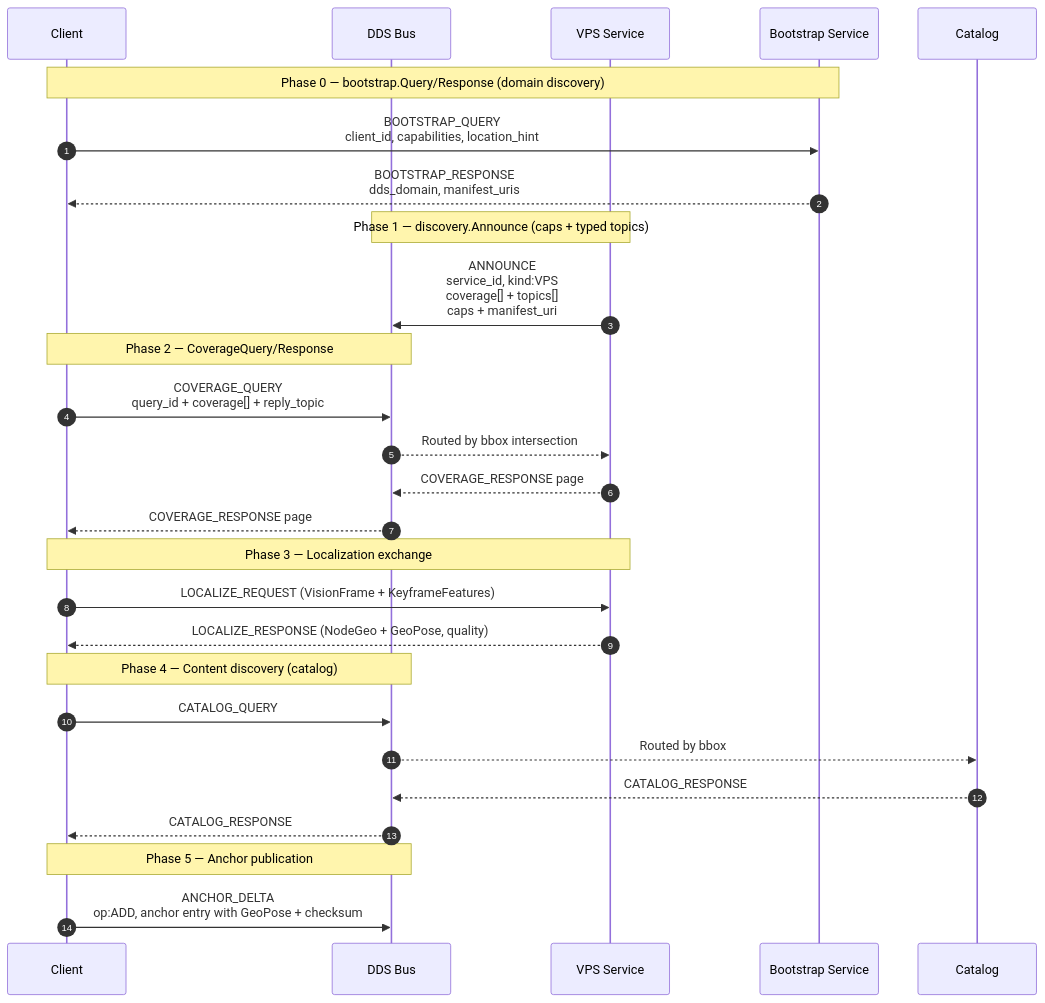
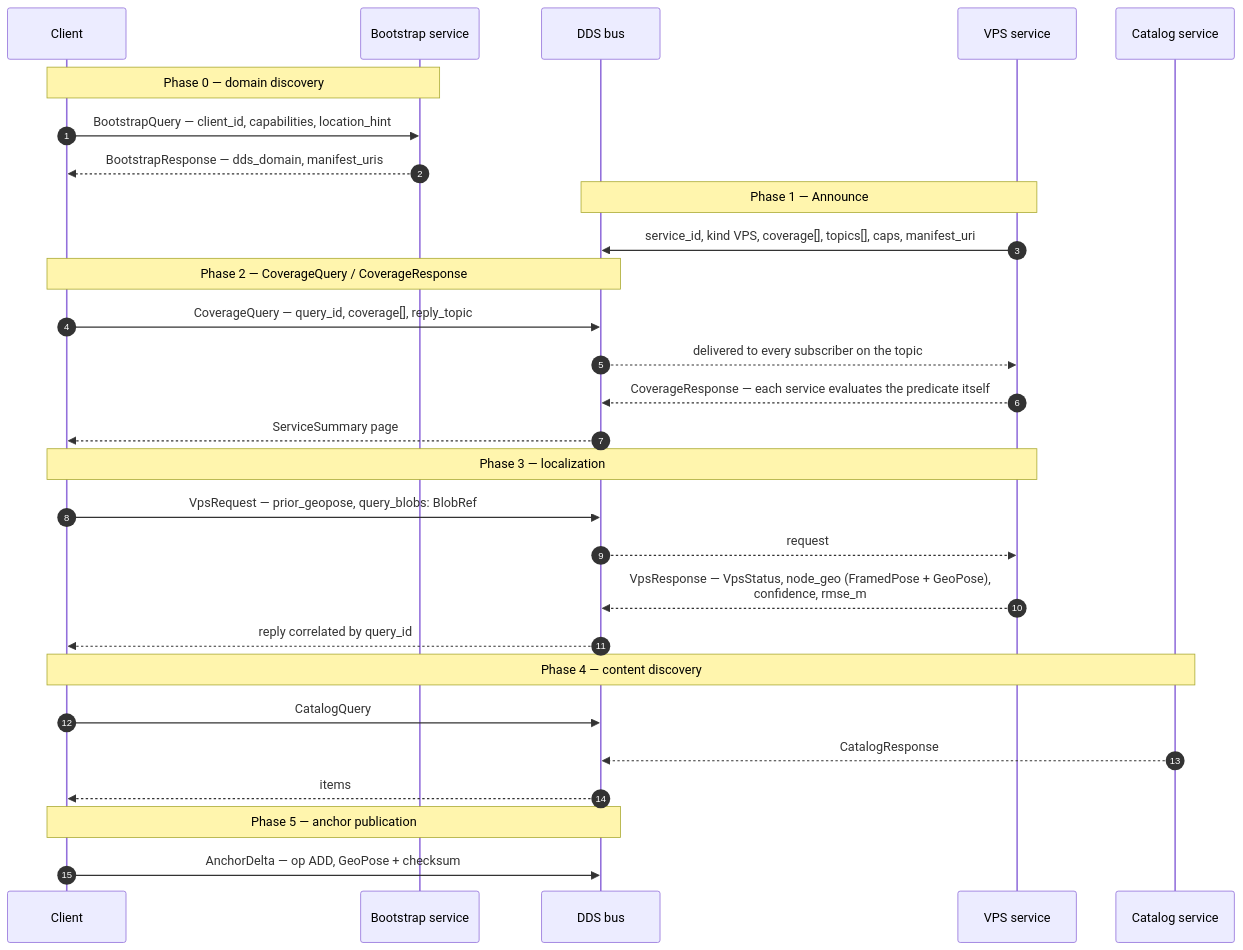
One commit to OpenArCloud/SpatialDDS-demo changed the second of 2 diagrams in ar_demo/README.md. Above: the diagram before and after it, drawn with Mermaid. The commit also changed other lines of this file, not shown here.

````diff
--- a/ar_demo/README.md
+++ b/ar_demo/README.md
@@ -14,34 +74,36 @@
 ```mermaid
 sequenceDiagram
     autonumber
     participant Client
-    participant DDS as DDS Bus
-    participant VPS as VPS Service
-    participant Bootstrap as Bootstrap Service
+    participant Boot as Bootstrap service
+    participant Bus as DDS bus
+    participant VPS as VPS service
+    participant Cat as Catalog service
 
-    Note over Client,Bootstrap: Phase 0 — bootstrap.Query/Response (domain discovery)
-    Client->>Bootstrap: BOOTSTRAP_QUERY<br/>client_id, capabilities, location_hint
-    Bootstrap-->>Client: BOOTSTRAP_RESPONSE<br/>dds_domain, manifest_uris
+    Note over Client,Boot: Phase 0 — domain discovery
+    Client->>Boot: BootstrapQuery — client_id, capabilities, location_hint
+    Boot-->>Client: BootstrapResponse — dds_domain, manifest_uris
 
-    Note over VPS,DDS: Phase 1 — discovery.Announce (caps + typed topics)
-    VPS->>DDS: ANNOUNCE<br/>service_id, kind:VPS<br/>coverage[] + topics[]<br/>caps + manifest_uri
+    Note over VPS,Bus: Phase 1 — Announce
+    VPS->>Bus: service_id, kind VPS, coverage[], topics[], caps, manifest_uri
 
-    Note over Client,DDS: Phase 2 — CoverageQuery/Response
-    Client->>DDS: COVERAGE_QUERY<br/>query_id + coverage[] + reply_topic
-    DDS-->>VPS: Routed by bbox intersection
-    VPS-->>DDS: COVERAGE_RESPONSE page
-    DDS-->>Client: COVERAGE_RESPONSE page
+    Note over Client,Bus: Phase 2 — CoverageQuery / CoverageResponse
+    Client->>Bus: CoverageQuery — query_id, coverage[], reply_topic
+    Bus-->>VPS: delivered to every subscriber on the topic
+    VPS-->>Bus: CoverageResponse — each service evaluates the predicate itself
+    Bus-->>Client: ServiceSummary page
 
-    Note over Client,VPS: Phase 3 — Localization exchange
-    Client->>VPS: LOCALIZE_REQUEST (VisionFrame + KeyframeFeatures)
-    VPS-->>Client: LOCALIZE_RESPONSE (NodeGeo + GeoPose, quality)
+    Note over Client,VPS: Phase 3 — localization
+    Client->>Bus: VpsRequest — prior_geopose, query_blobs: BlobRef
+    Bus-->>VPS: request
+    VPS-->>Bus: VpsResponse — VpsStatus, node_geo (FramedPose + GeoPose),<br/>confidence, rmse_m
+    Bus-->>Client: reply correlated by query_id
 
-    Note over Client,DDS: Phase 4 — Content discovery (catalog)
-    Client->>DDS: CATALOG_QUERY
-    DDS-->>Catalog: Routed by bbox
-    Catalog-->>DDS: CATALOG_RESPONSE
-    DDS-->>Client: CATALOG_RESPONSE
+    Note over Client,Cat: Phase 4 — content discovery
+    Client->>Bus: CatalogQuery
+    Cat-->>Bus: CatalogResponse
+    Bus-->>Client: items
 
-    Note over Client,DDS: Phase 5 — Anchor publication
-    Client->>DDS: ANCHOR_DELTA<br/>op:ADD, anchor entry with GeoPose + checksum
+    Note over Client,Bus: Phase 5 — anchor publication
+    Client->>Bus: AnchorDelta — op ADD, GeoPose + checksum
 ```
````
